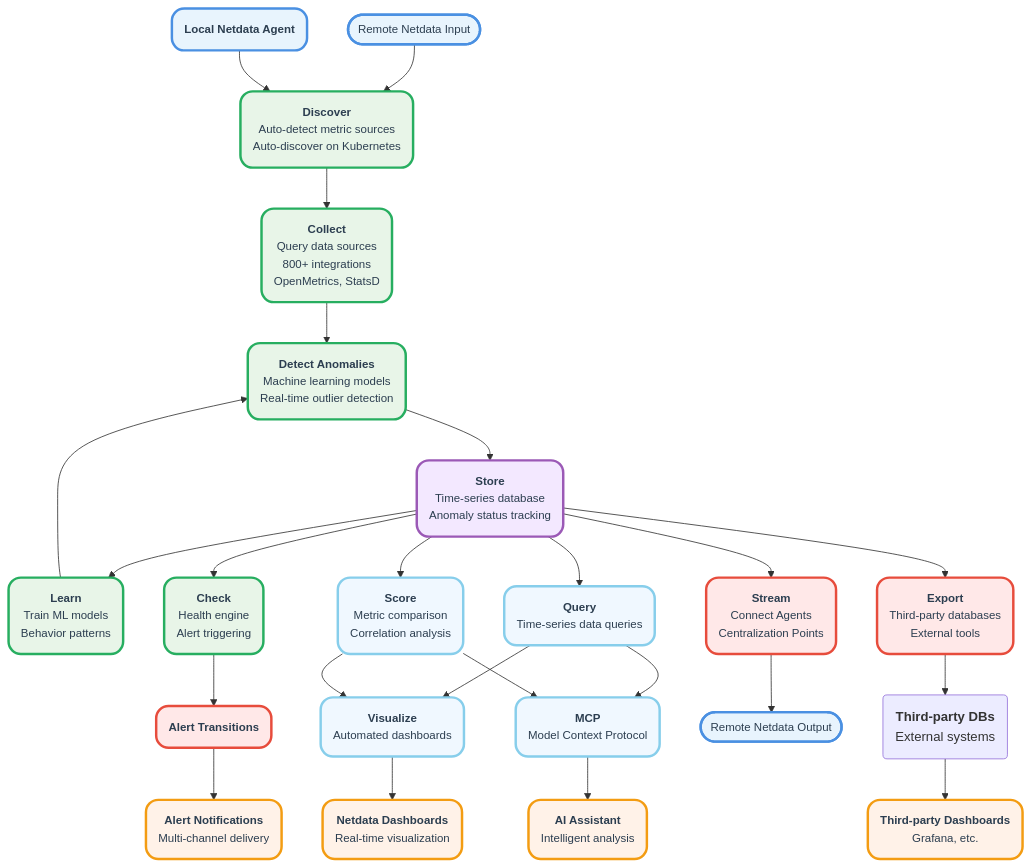
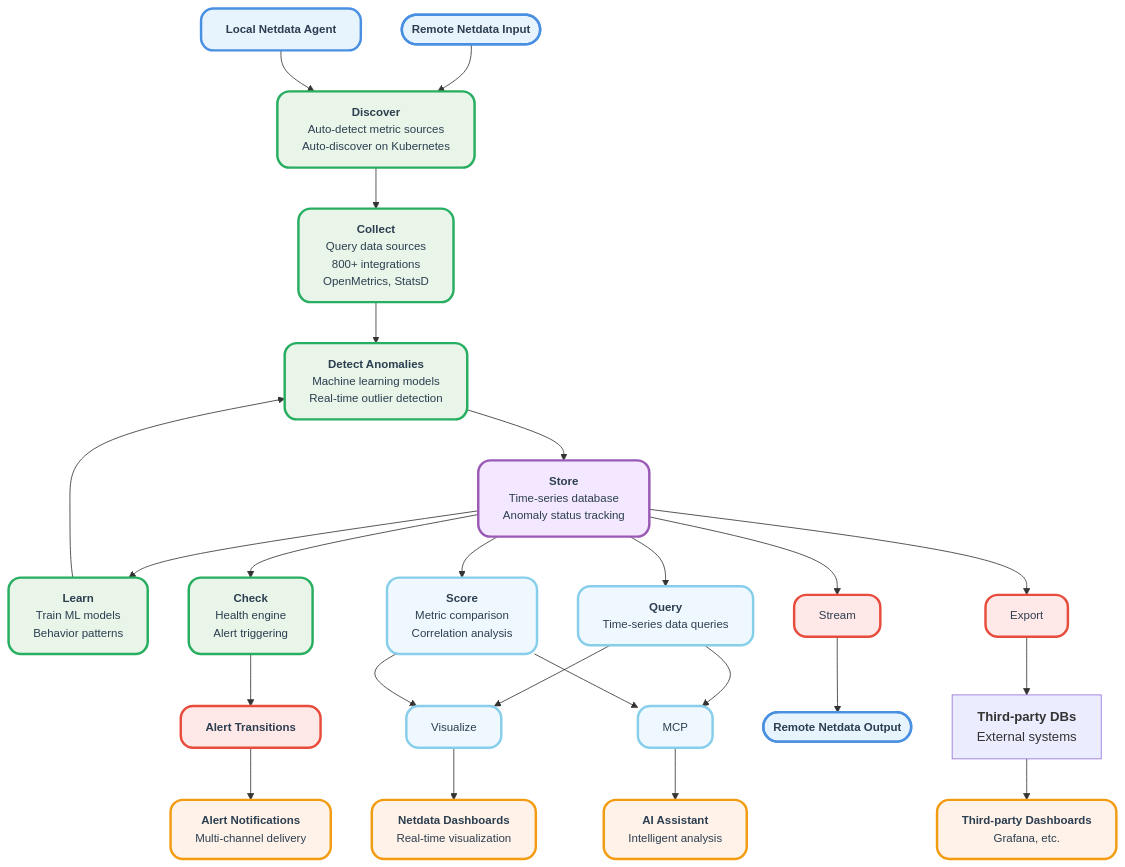
One commit to netdata/netdata changed the diagram in docs/netdata-agent/README.md. Above: the diagram before and after it, drawn with Mermaid. The commit also changed other lines of this file and 9 other files, not shown here.

Commit message:
format, links and diagram fixes

````diff
--- a/docs/netdata-agent/README.md
+++ b/docs/netdata-agent/README.md
@@ -16,53 +16,56 @@
 ```mermaid
 flowchart TD
-    Start([Remote Netdata Input]) --> Discover("<b>Discover</b><br/>Auto-detect metric sources<br/>Auto-discover on Kubernetes")
-    
-    LocalAgent("<b>Local Netdata Agent</b>") --> Discover
-    
-    Discover --> Collect("<b>Collect</b><br/>Query data sources<br/>800+ integrations<br/>OpenMetrics, StatsD")
-    
-    Collect --> Detect("<b>Detect Anomalies</b><br/>Machine learning models<br/>Real-time outlier detection")
-    
-    Detect --> Store("<b>Store</b><br/>Time-series database<br/>Anomaly status tracking")
-    
-    Store --> Learn("<b>Learn</b><br/>Train ML models<br/>Behavior patterns")
-    
-    Store --> Check("<b>Check</b><br/>Health engine<br/>Alert triggering")
-    
-    Store --> Query("<b>Query</b><br/>Time-series data queries")
-    
-    Store --> Score("<b>Score</b><br/>Metric comparison<br/>Correlation analysis")
-    
-    Store --> Stream("<b>Stream</b><br/>Connect Agents<br/>Centralization Points")
-    
-    Store --> Export("<b>Export</b><br/>Third-party databases<br/>External tools")
-    
-    Learn --> Detect
-    Check --> Alerts("<b>Alert Transitions</b>")
-    Query --> Visualize("<b>Visualize</b><br/>Automated dashboards")
-    Score --> Visualize
-    Query --> MCP("<b>MCP</b><br/>Model Context Protocol")
+    Start(["<b>Remote Netdata Input</b>"]) --> Discover
+    LocalAgent["<b>Local Netdata Agent</b>"] --> Discover
+    Discover["<b>Discover</b><br/>Auto-detect metric sources<br/>Auto-discover on Kubernetes"] --> Collect
+    Collect["<b>Collect</b><br/>Query data sources<br/>800+ integrations<br/>OpenMetrics, StatsD"] --> Detect
+    Detect["<b>Detect Anomalies</b><br/>Machine learning models<br/>Real-time outlier detection"] --> Store
+    Store["<b>Store</b><br/>Time-series database<br/>Anomaly status tracking"] --> Learn
+    Store --> Check
+    Store --> Query
+    Store --> Score
+    Store --> Stream
+    Store --> Export
+    Learn["<b>Learn</b><br/>Train ML models<br/>Behavior patterns"] --> Detect
+    Check["<b>Check</b><br/>Health engine<br/>Alert triggering"] --> Alerts
+    Query["<b>Query</b><br/>Time-series data queries"] --> Visualize
+    Score["<b>Score</b><br/>Metric comparison<br/>Correlation analysis"] --> Visualize
+    Query --> MCP
     Score --> MCP
-    
-    Alerts --> Notifications("<b>Alert Notifications</b><br/>Multi-channel delivery")
-    Stream --> End([Remote Netdata Output])
-    Export --> ThirdParty("<b>Third-party DBs</b><br/>External systems")
-    
-    Visualize --> Dashboard("<b>Netdata Dashboards</b><br/>Real-time visualization")
-    MCP --> AIAssistant("<b>AI Assistant</b><br/>Intelligent analysis")
-    ThirdParty --> ExternalDash("<b>Third-party Dashboards</b><br/>Grafana, etc.")
-    
-    classDef input fill:#e8f4fd,stroke:#4a90e2,stroke-width:3px,color:#2c3e50,rx:15,ry:15,font-size:14px
-    classDef process fill:#e8f5e8,stroke:#27ae60,stroke-width:3px,color:#2c3e50,rx:15,ry:15,font-size:14px
-    classDef storage fill:#f3e8ff,stroke:#9b59b6,stroke-width:3px,color:#2c3e50,rx:15,ry:15,font-size:14px
-    classDef output fill:#ffe8e8,stroke:#e74c3c,stroke-width:3px,color:#2c3e50,rx:15,ry:15,font-size:14px
-    classDef userFeature fill:#fff2e8,stroke:#f39c12,stroke-width:3px,color:#2c3e50,rx:15,ry:15,font-size:14px
-    classDef cloudFeature fill:#f0f8ff,stroke:#87ceeb,stroke-width:3px,color:#2c3e50,rx:15,ry:15,font-size:14px
-    
-    class Start,LocalAgent,End input
-    class Discover,Collect,Detect,Learn,Check process
+    Alerts["<b>Alert Transitions</b>"] --> Notifications
+    Stream --> End(["<b>Remote Netdata Output</b>"])
+    Export --> ThirdParty
+    Visualize --> Dashboard
+    MCP --> AIAssistant
+    ThirdParty["<b>Third-party DBs</b><br/>External systems"] --> ExternalDash
+    Dashboard["<b>Netdata Dashboards</b><br/>Real-time visualization"]
+    AIAssistant["<b>AI Assistant</b><br/>Intelligent analysis"]
+    ExternalDash["<b>Third-party Dashboards</b><br/>Grafana, etc."]
+    Notifications["<b>Alert Notifications</b><br/>Multi-channel delivery"]
+    classDef input fill: #e8f4fd, stroke: #4a90e2, stroke-width: 3px, color: #2c3e50, rx: 15, ry: 15, font-size: 14px
+    classDef process fill: #e8f5e8, stroke: #27ae60, stroke-width: 3px, color: #2c3e50, rx: 15, ry: 15, font-size: 14px
+    classDef storage fill: #f3e8ff, stroke: #9b59b6, stroke-width: 3px, color: #2c3e50, rx: 15, ry: 15, font-size: 14px
+    classDef output fill: #ffe8e8, stroke: #e74c3c, stroke-width: 3px, color: #2c3e50, rx: 15, ry: 15, font-size: 14px
+    classDef userFeature fill: #fff2e8, stroke: #f39c12, stroke-width: 3px, color: #2c3e50, rx: 15, ry: 15, font-size: 14px
+    classDef cloudFeature fill: #f0f8ff, stroke: #87ceeb, stroke-width: 3px, color: #2c3e50, rx: 15, ry: 15, font-size: 14px
+    class Start input
+    class LocalAgent input
+    class End input
+    class Discover process
+    class Collect process
+    class Detect process
+    class Learn process
+    class Check process
     class Store storage
-    class Stream,Export,Alerts output
-    class Dashboard,AIAssistant,ExternalDash,Notifications userFeature
-    class Query,Score,MCP,Visualize cloudFeature
+    class Stream output
+    class Export output
+    class Alerts output
+    class Dashboard userFeature
+    class AIAssistant userFeature
+    class ExternalDash userFeature
+    class Notifications userFeature
+    class Query cloudFeature
+    class Score cloudFeature
+    class MCP cloudFeature
+    class Visualize cloudFeature
 ```
````
